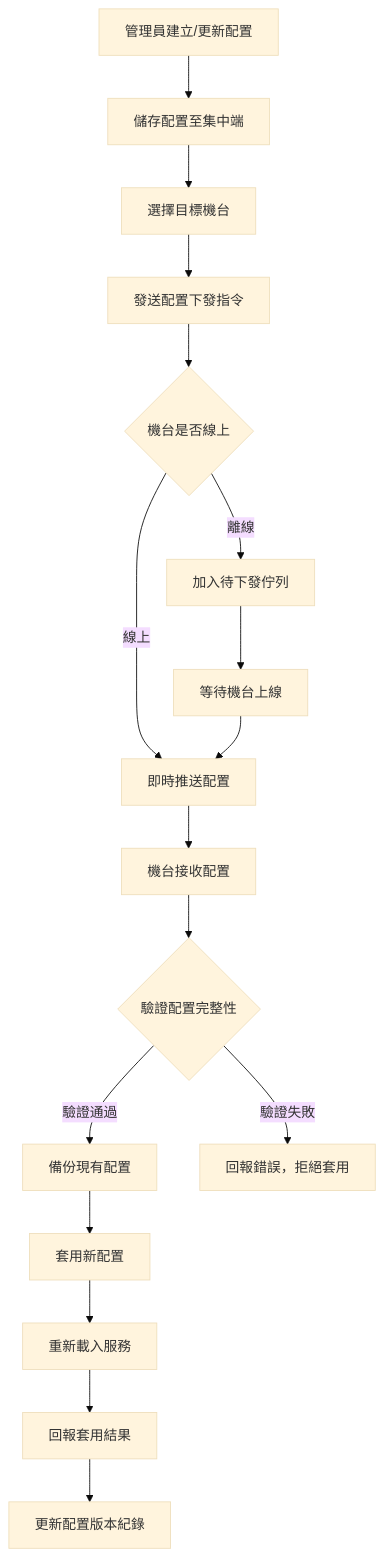
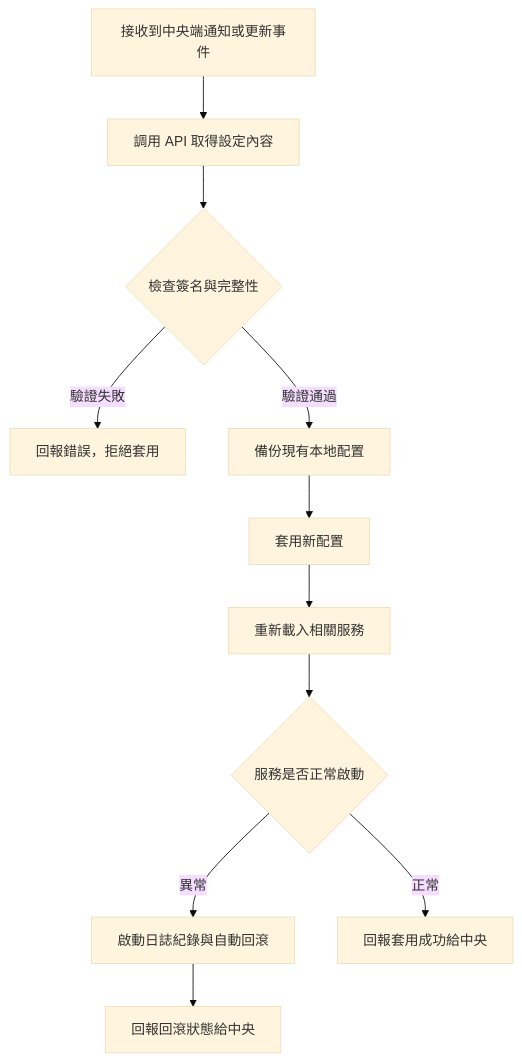
Before and after one commit to dimx9173/project_game: the diagram in md/v8/feature_docs/local/[M05]系統/[L07]機台配置接收.md, drawn with Mermaid (base theme). The commit also changed 29 other files, not shown here.

````diff
--- a/md/v8/feature_docs/local/[M05]系統/[L07]機台配置接收.md
+++ b/md/v8/feature_docs/local/[M05]系統/[L07]機台配置接收.md
@@ -24,19 +24,13 @@
 ```mermaid
 flowchart TD
-    A[管理員建立/更新配置] --> B[儲存配置至集中端]
-    B --> C[選擇目標機台]
-    C --> D[發送配置下發指令]
-    D --> E{機台是否線上}
-    E -->|線上| F[即時推送配置]
-    E -->|離線| G[加入待下發佇列]
-    G --> I[等待機台上線]
-    I --> F
-    F --> F2[機台接收配置]
-    F2 --> J{驗證配置完整性}
-    J -->|驗證通過| K[備份現有配置]
-    J -->|驗證失敗| L[回報錯誤，拒絕套用]
-    K --> M[套用新配置]
-    M --> N[重新載入服務]
-    N --> O[回報套用結果]
-    O --> P[更新配置版本紀錄]
+    A[接收到中央端通知或更新事件] --> B[調用 API 取得設定內容]
+    B --> C{檢查簽名與完整性}
+    C -->|驗證失敗| D[回報錯誤，拒絕套用]
+    C -->|驗證通過| E[備份現有本地配置]
+    E --> F[套用新配置]
+    F --> G[重新載入相關服務]
+    G --> H{服務是否正常啟動}
+    H -->|異常| I[啟動日誌紀錄與自動回滾]
+    I --> J[回報回滾狀態給中央]
+    H -->|正常| K[回報套用成功給中央]
 ```
````
